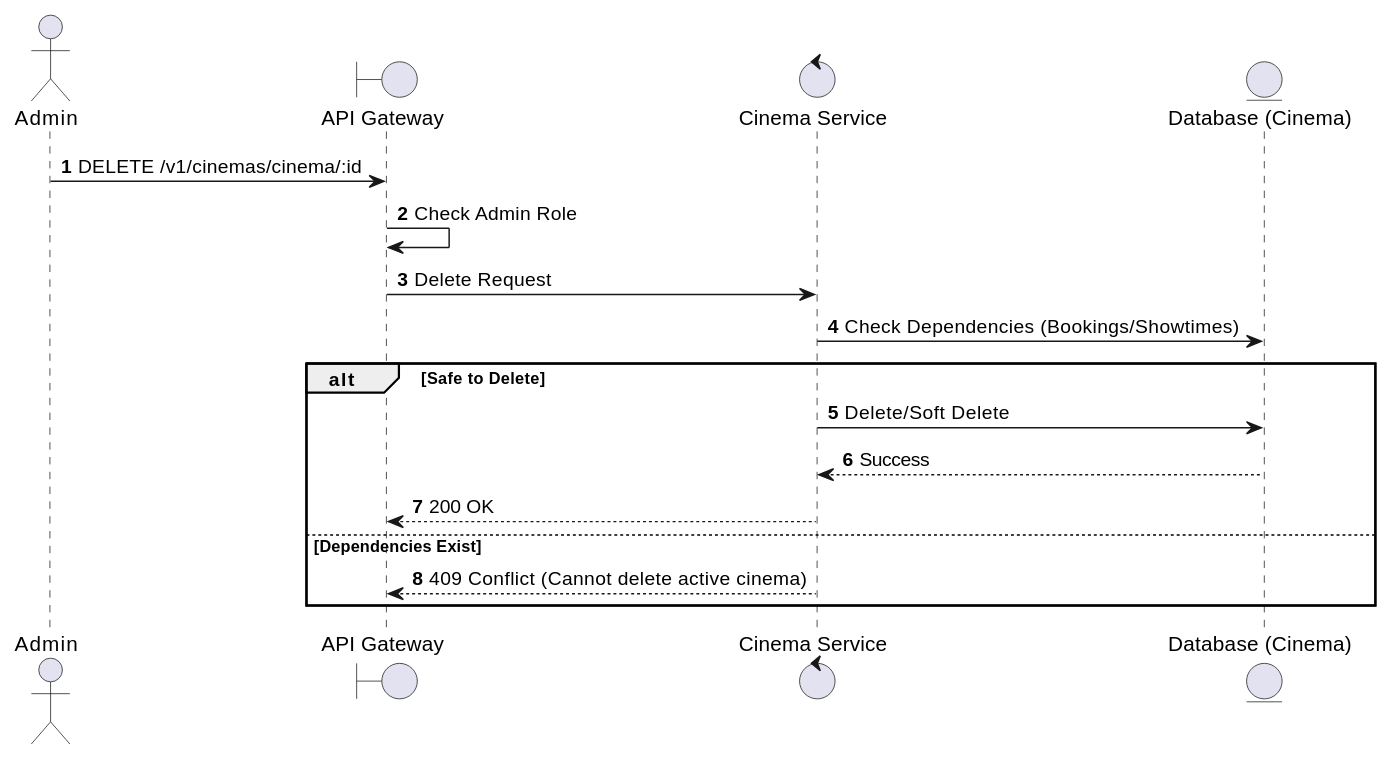
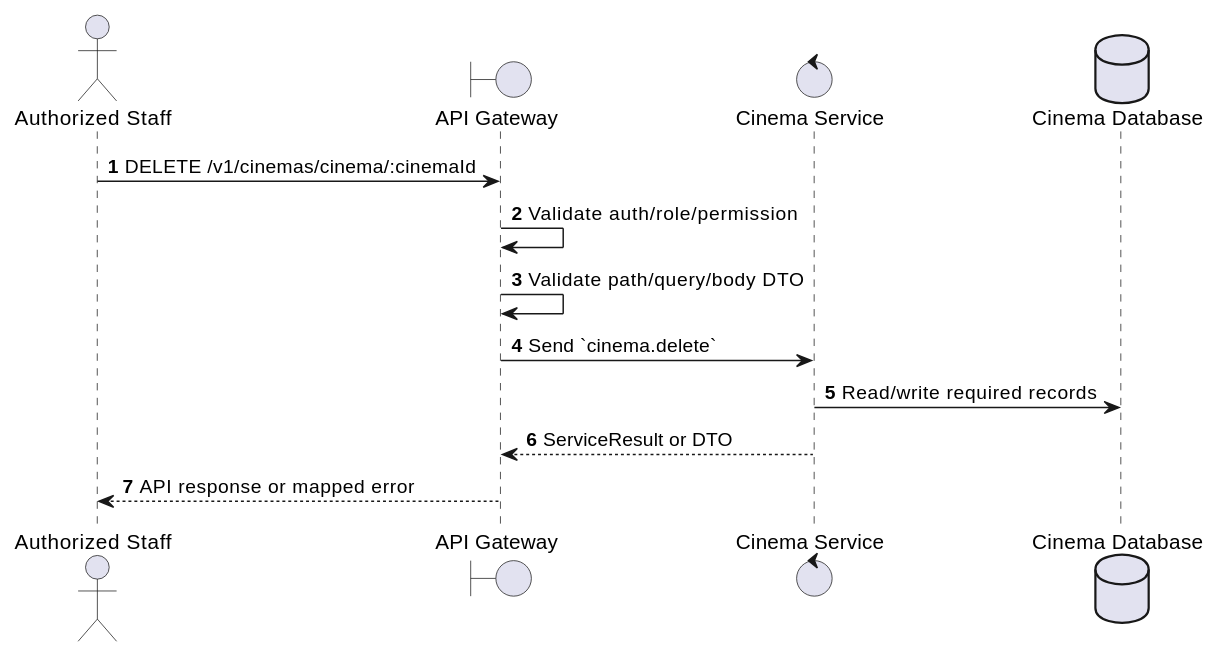
Before and after one commit to Tanh1603/movie-hub-architecture: the first of 2 diagrams in docs/functional_specs/3.2.1_Cinema_Management/CM-04_Delete_Cinema.md, drawn with PlantUML. The commit also changed other lines of this file and 126 other files, not shown here.

````diff
--- a/docs/functional_specs/3.2.1_Cinema_Management/CM-04_Delete_Cinema.md
+++ b/docs/functional_specs/3.2.1_Cinema_Management/CM-04_Delete_Cinema.md
@@ -17,21 +17,17 @@
 ```plantuml
 @startuml
 autonumber
-actor Admin
+actor "Authorized Staff" as Actor
 boundary "API Gateway" as GW
-control "Cinema Service" as CS
-entity "Database (Cinema)" as DB
+control "Cinema Service" as SVC
+database "Cinema Database" as DB
 
-Admin -> GW: DELETE /v1/cinemas/cinema/:id
-GW -> GW: Check Admin Role
-GW -> CS: Delete Request
-CS -> DB: Check Dependencies (Bookings/Showtimes)
-alt Safe to Delete
-    CS -> DB: Delete/Soft Delete
-    DB --> CS: Success
-    CS --> GW: 200 OK
-else Dependencies Exist
-    CS --> GW: 409 Conflict (Cannot delete active cinema)
-end
+Actor -> GW: DELETE /v1/cinemas/cinema/:cinemaId
+GW -> GW: Validate auth/role/permission
+GW -> GW: Validate path/query/body DTO
+GW -> SVC: Send `cinema.delete`
+SVC -> DB: Read/write required records
+SVC --> GW: ServiceResult or DTO
+GW --> Actor: API response or mapped error
 @enduml
 ```
````
